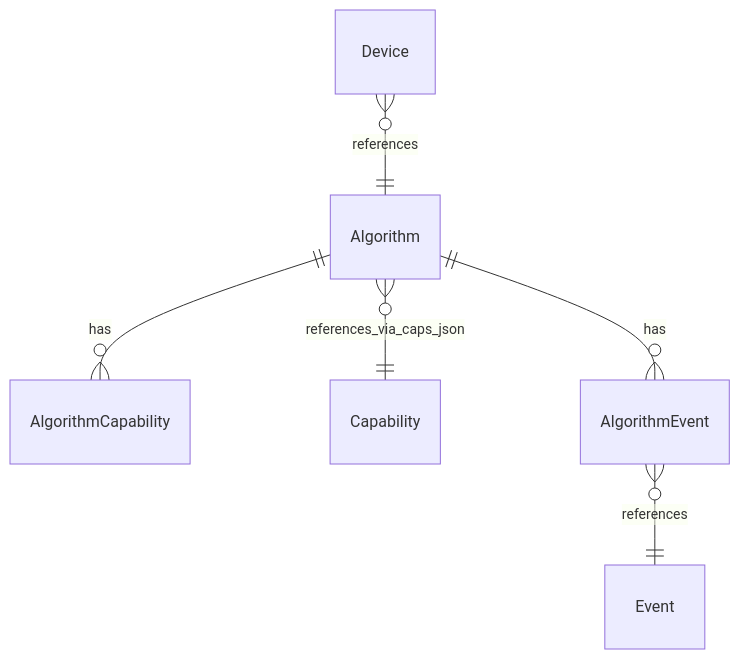
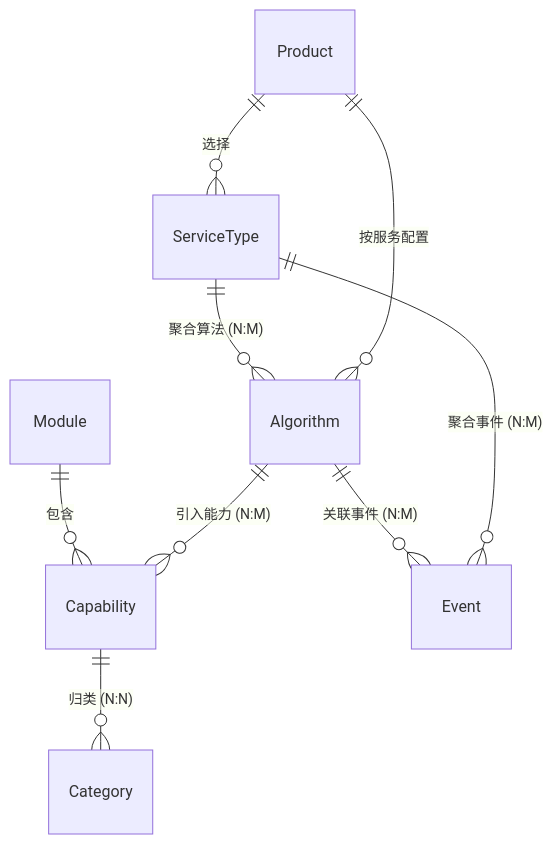
One commit to hongtao-l/platform changed the first of 4 diagrams in docs/prd_full/算法管理/算法管理03PRD.md. Above: the diagram before and after it, drawn with Mermaid. The commit also changed other lines of this file and 30 other files, not shown here.

````diff
--- a/docs/prd_full/算法管理/算法管理03PRD.md
+++ b/docs/prd_full/算法管理/算法管理03PRD.md
@@ -57,8 +97,11 @@
 ```mermaid
 erDiagram
-    Algorithm ||--o{ AlgorithmCapability : has
-    Algorithm }o--|| Capability : references_via_caps_json
-    Algorithm ||--o{ AlgorithmEvent : has
-    AlgorithmEvent }o--|| Event : references
-    Device }o--|| Algorithm : references
+    Module ||--o{ Capability : "包含"
+    Capability ||--o{ Category : "归类 (N:N)"
+    Algorithm ||--o{ Capability : "引入能力 (N:M)"
+    Algorithm ||--o{ Event : "关联事件 (N:M)"
+    ServiceType ||--o{ Algorithm : "聚合算法 (N:M)"
+    ServiceType ||--o{ Event : "聚合事件 (N:M)"
+    Product ||--o{ ServiceType : "选择"
+    Product ||--o{ Algorithm : "按服务配置"
 ```
````
